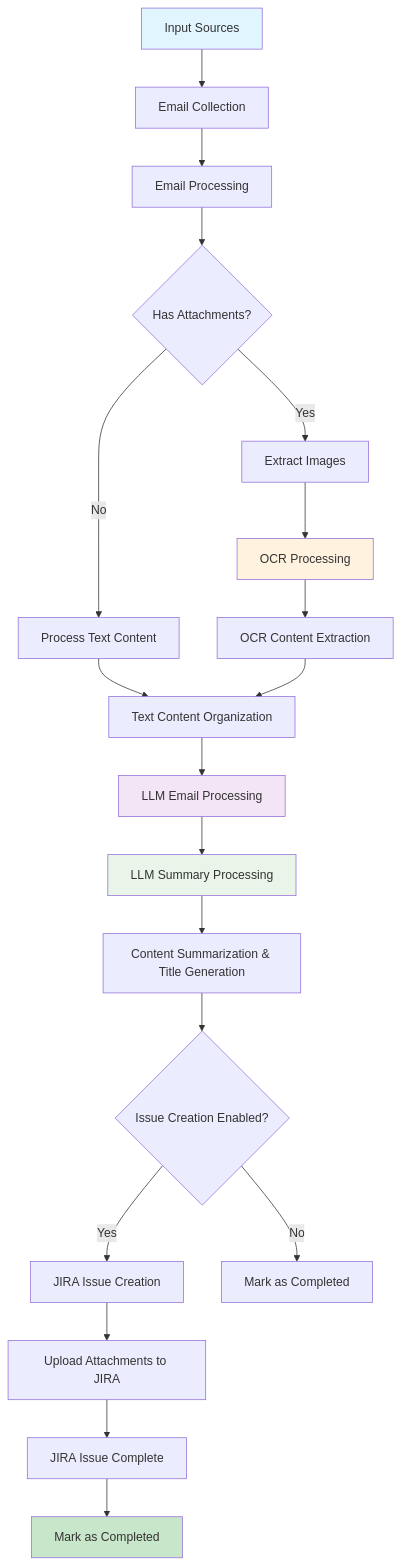
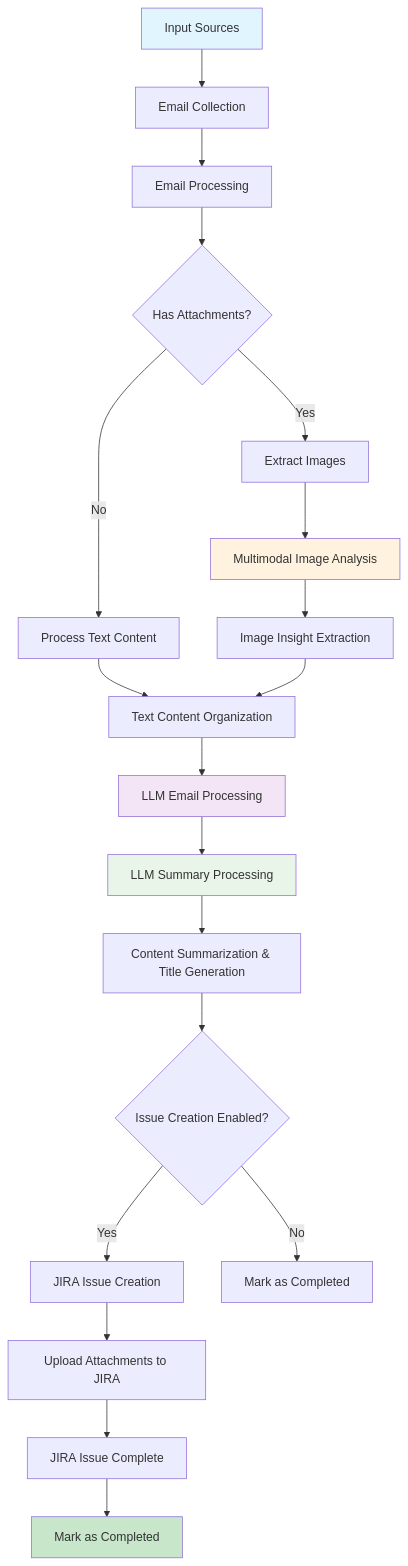
Before and after one commit to cloud2ai/devify: the second of 2 diagrams in README.md, drawn with Mermaid. The commit also changed other lines of this file and 388 other files, not shown here.

First line of the commit message:
Unify admin, threadline, and billing flows

````diff
--- a/README.md
+++ b/README.md
@@ -1380,33 +1378,33 @@
 ```mermaid
 flowchart TD
     A[Input Sources] --> B[Email Collection]
     B --> C[Email Processing]
     C --> D{Has Attachments?}
 
     D -->|Yes| E[Extract Images]
     D -->|No| F[Process Text Content]
 
-    E --> G[OCR Processing]
-    G --> H[OCR Content Extraction]
+    E --> G[Multimodal Image Analysis]
+    G --> H[Image Insight Extraction]
 
     F --> I[Text Content Organization]
     H --> I
 
     I --> J[LLM Email Processing]
     J --> K[LLM Summary Processing]
     K --> L[Content Summarization & Title Generation]
 
     L --> M{Issue Creation Enabled?}
     M -->|Yes| N[JIRA Issue Creation]
     M -->|No| O[Mark as Completed]
 
     N --> P[Upload Attachments to JIRA]
     P --> Q[JIRA Issue Complete]
     Q --> R[Mark as Completed]
 
     style A fill:#e1f5fe
     style R fill:#c8e6c9
     style G fill:#fff3e0
     style J fill:#f3e5f5
     style K fill:#e8f5e8
 ```
````
